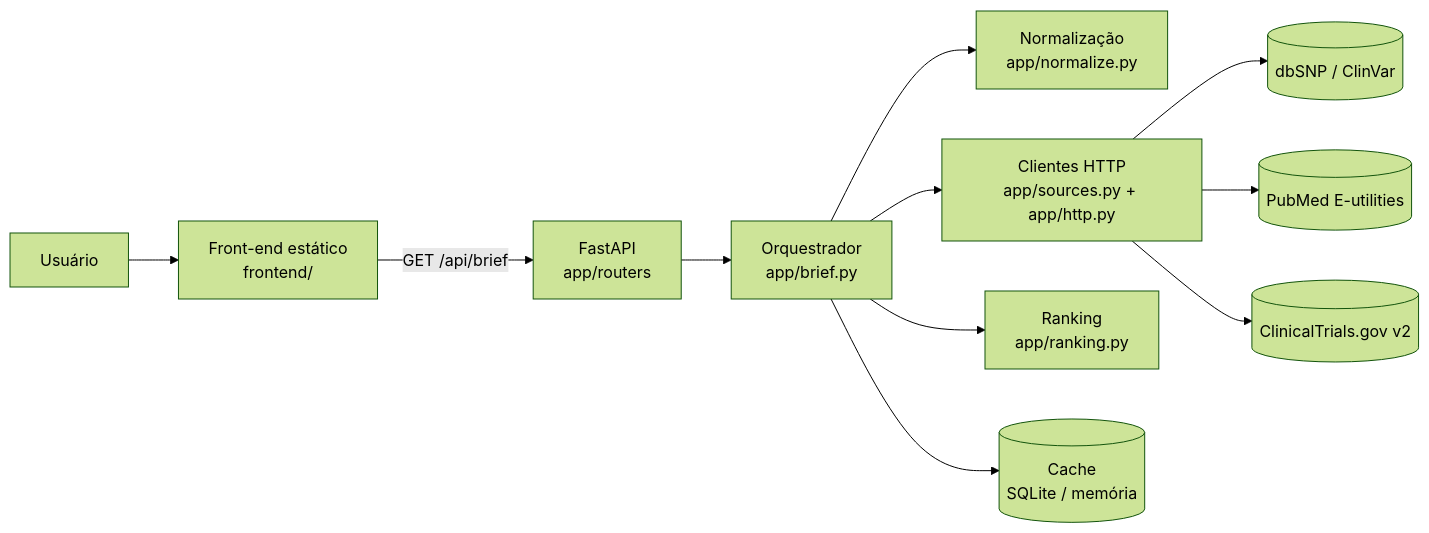
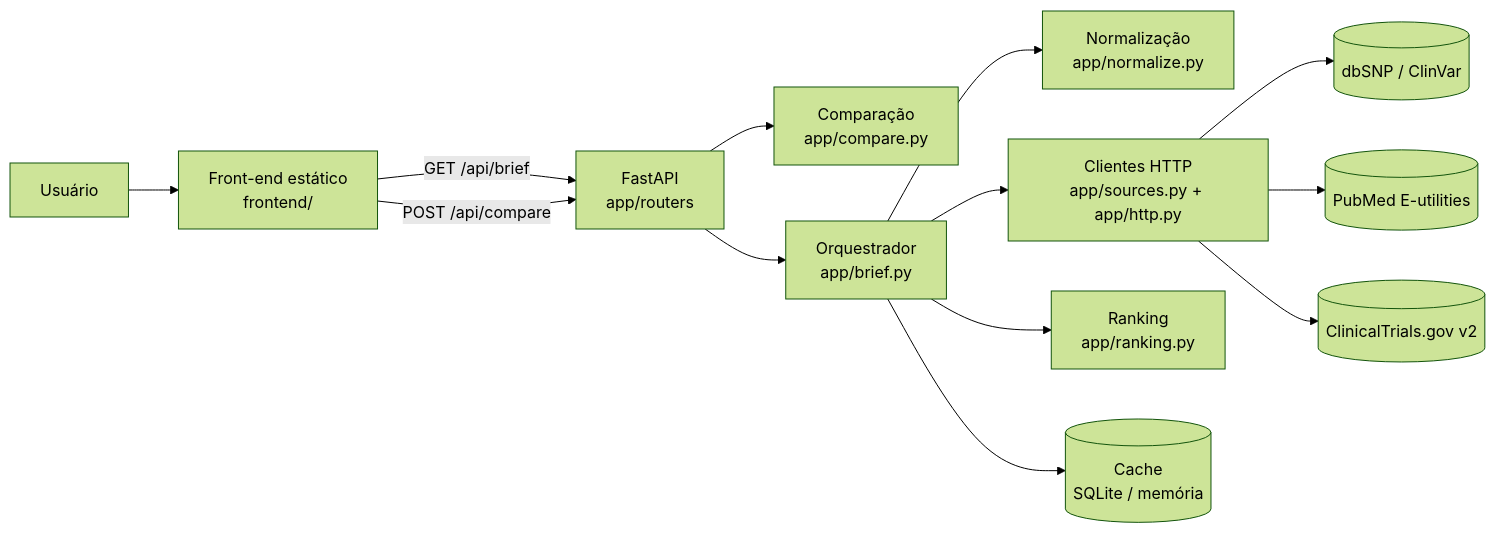
The diagram in README.md (JNeves07/VariantScope), drawn with Mermaid (forest theme) before and after one commit. The commit also changed other lines of this file and 18 other files, not shown here.

````diff
--- a/README.md
+++ b/README.md
@@ -37,13 +44,15 @@
 ```mermaid
 flowchart LR
   U[Usuário] --> F[Front-end estático\nfrontend/]
   F -->|GET /api/brief| A[FastAPI\napp/routers]
+  F -->|POST /api/compare| A
+  A --> Cmp[Comparação\napp/compare.py]
   A --> B[Orquestrador\napp/brief.py]
   B --> C[Normalização\napp/normalize.py]
   B --> D[Clientes HTTP\napp/sources.py + app/http.py]
   B --> E[Ranking\napp/ranking.py]
   B --> K[(Cache\nSQLite / memória)]
   D --> S1[(dbSNP / ClinVar)]
   D --> S2[(PubMed E-utilities)]
   D --> S3[(ClinicalTrials.gov v2)]
 ```
````
